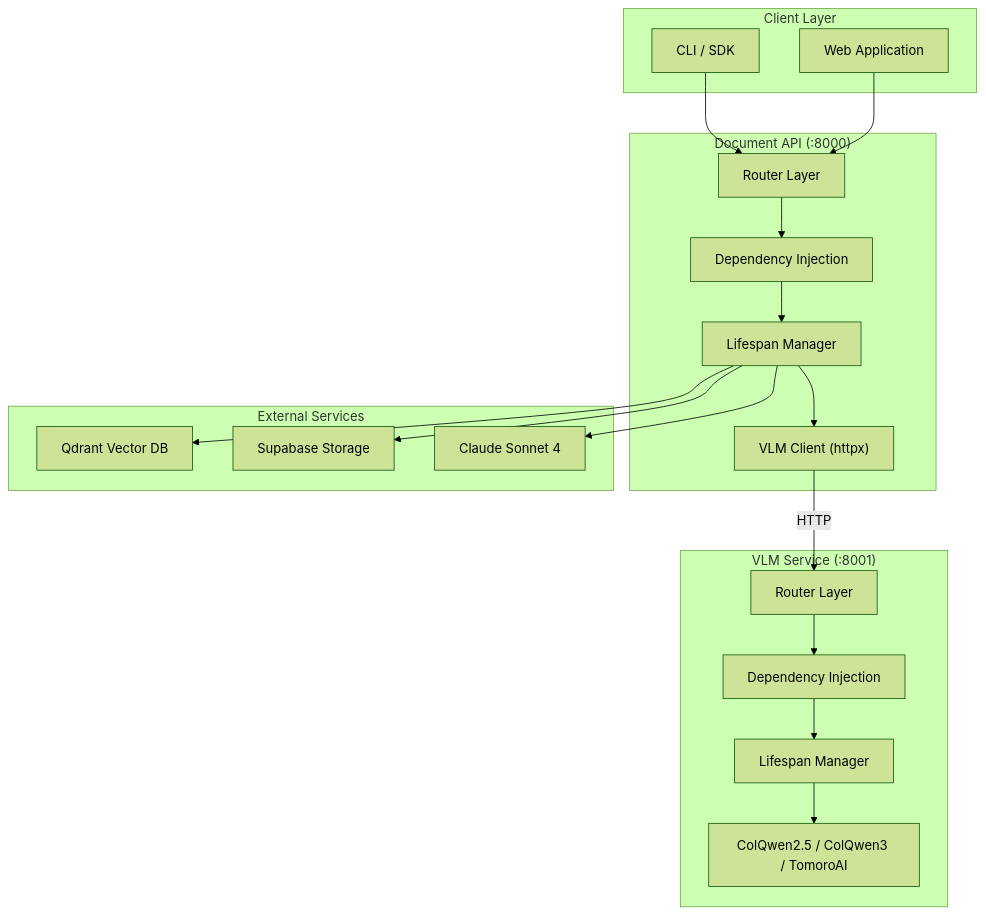
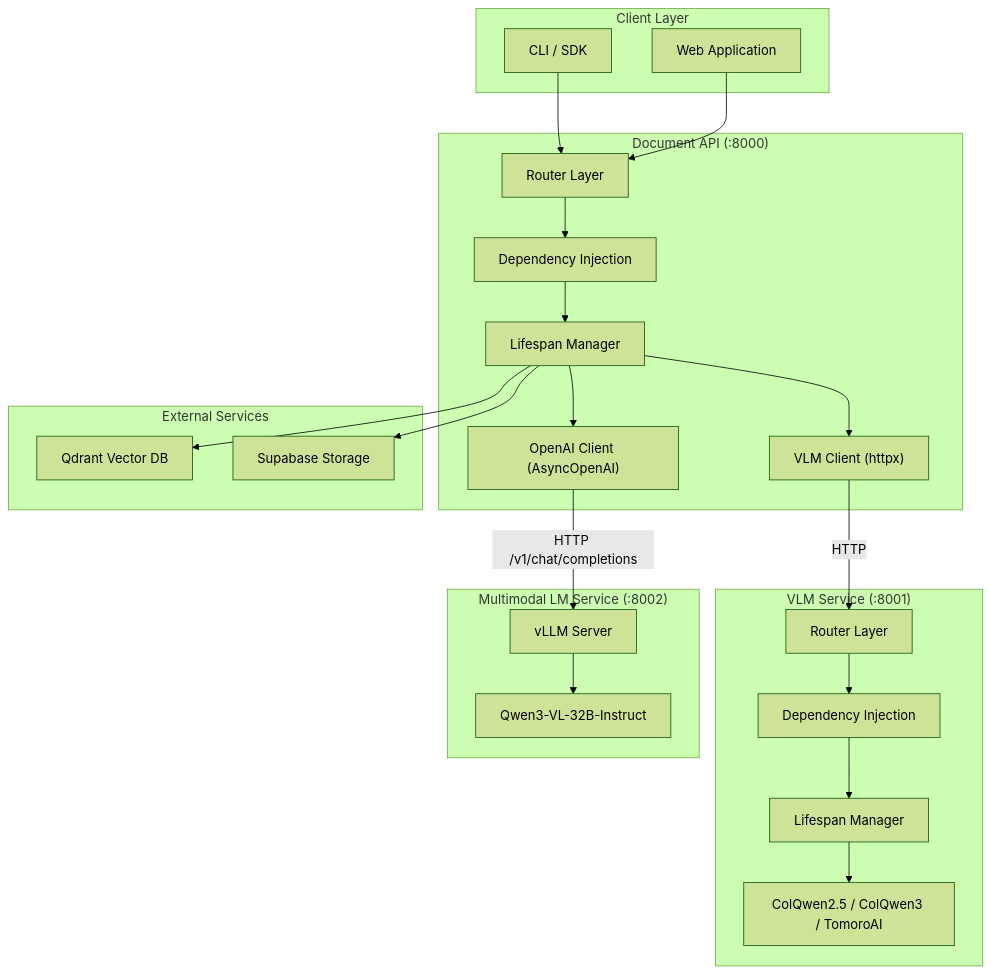
The first of 6 diagrams in docs/architecture.md (akosgintl/colpali-rag-app), drawn with Mermaid (forest theme) before and after one commit. The commit also changed other lines of this file and 35 other files, not shown here.

````diff
--- a/docs/architecture.md
+++ b/docs/architecture.md
@@ -7,40 +7,47 @@
 ```mermaid
 graph TB
     subgraph Client["Client Layer"]
         CLI["CLI / SDK"]
         Web["Web Application"]
     end
 
     subgraph DocAPI["Document API (:8000)"]
         APIRouter["Router Layer"]
         APIDeps["Dependency Injection"]
         APILifespan["Lifespan Manager"]
         VLMClient["VLM Client (httpx)"]
+        OpenAIClient["OpenAI Client (AsyncOpenAI)"]
     end
 
     subgraph VLMService["VLM Service (:8001)"]
         VLMRouter["Router Layer"]
         VLMDeps["Dependency Injection"]
         VLMLifespan["Lifespan Manager"]
         Model["ColQwen2.5 / ColQwen3 / TomoroAI"]
     end
 
+    subgraph MLMService["Multimodal LM Service (:8002)"]
+        VLLM["vLLM Server"]
+        Qwen["Qwen3-VL-32B-Instruct"]
+    end
+
     subgraph External["External Services"]
         Qdrant["Qdrant Vector DB"]
         Supabase["Supabase Storage"]
-        Anthropic["Claude Sonnet 4"]
     end
 
     CLI --> APIRouter
     Web --> APIRouter
     APIRouter --> APIDeps
     APIDeps --> APILifespan
     APILifespan --> VLMClient
+    APILifespan --> OpenAIClient
     VLMClient -->|HTTP| VLMRouter
     VLMRouter --> VLMDeps
     VLMDeps --> VLMLifespan
     VLMLifespan --> Model
+    OpenAIClient -->|HTTP /v1/chat/completions| VLLM
+    VLLM --> Qwen
     APILifespan --> Qdrant
     APILifespan --> Supabase
-    APILifespan --> Anthropic
 ```
````
